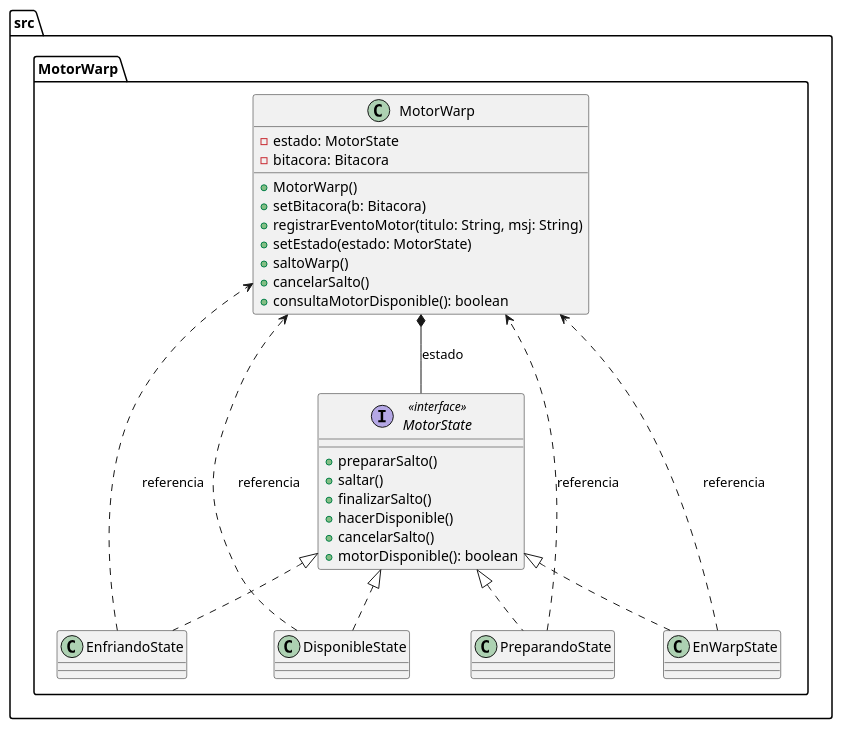
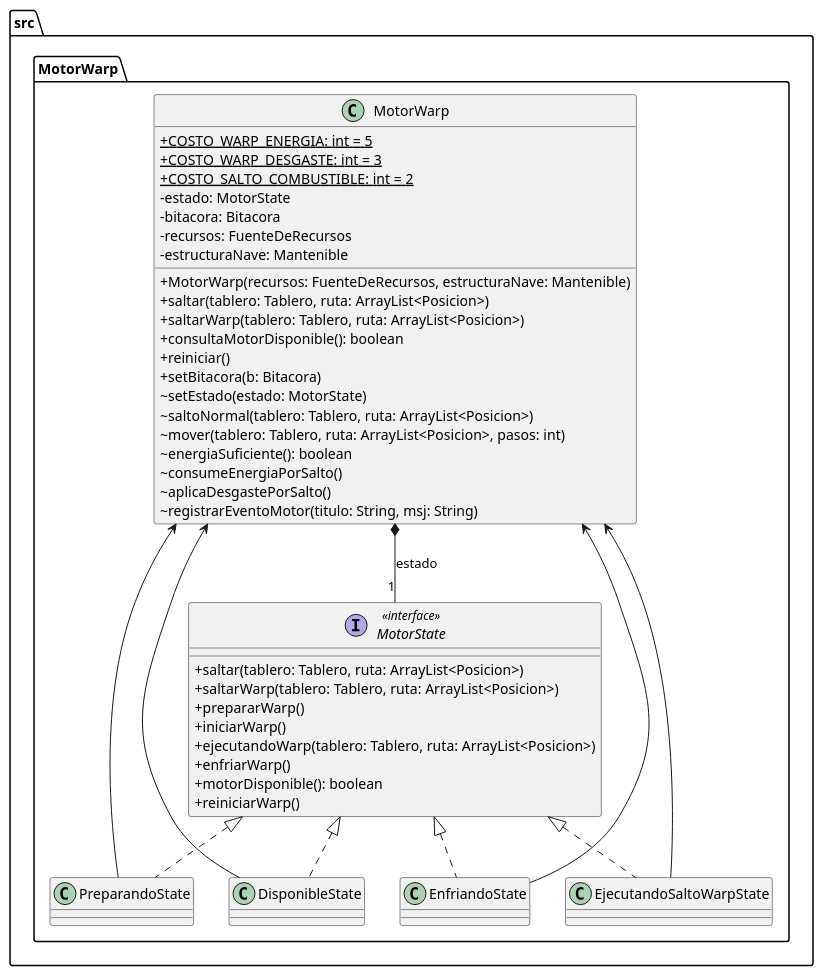
The diagram in TP/documentos/UMLs/MotorWarpUml.puml (JoacoOlmos25/ProyectoProgra3-EmbarcadoDeNaveIntelestelar), drawn with PlantUML before and after one commit. The commit also changed 119 other files, not shown here.

```diff
--- a/TP/documentos/UMLs/MotorWarpUml.puml
+++ b/TP/documentos/UMLs/MotorWarpUml.puml
@@ -1,36 +1,50 @@
 @startuml
+skinparam classAttributeIconSize 0
+
 package src.MotorWarp {
     class MotorWarp {
+        + {static} COSTO_WARP_ENERGIA: int = 5
+        + {static} COSTO_WARP_DESGASTE: int = 3
+        + {static} COSTO_SALTO_COMBUSTIBLE: int = 2
         - estado: MotorState
         - bitacora: Bitacora
-        + MotorWarp()
+        - recursos: FuenteDeRecursos
+        - estructuraNave: Mantenible
+        + MotorWarp(recursos: FuenteDeRecursos, estructuraNave: Mantenible)
+        + saltar(tablero: Tablero, ruta: ArrayList<Posicion>)
+        + saltarWarp(tablero: Tablero, ruta: ArrayList<Posicion>)
+        + consultaMotorDisponible(): boolean
+        + reiniciar()
         + setBitacora(b: Bitacora)
-        + registrarEventoMotor(titulo: String, msj: String)
-        + setEstado(estado: MotorState)
-        + saltoWarp()
-        + cancelarSalto()
-        + consultaMotorDisponible(): boolean
+        ~ setEstado(estado: MotorState)
+        ~ saltoNormal(tablero: Tablero, ruta: ArrayList<Posicion>)
+        ~ mover(tablero: Tablero, ruta: ArrayList<Posicion>, pasos: int)
+        ~ energiaSuficiente(): boolean
+        ~ consumeEnergiaPorSalto()
+        ~ aplicaDesgastePorSalto()
+        ~ registrarEventoMotor(titulo: String, msj: String)
     }
 
     interface MotorState <<interface>> {
-        + prepararSalto()
-        + saltar()
-        + finalizarSalto()
-        + hacerDisponible()
-        + cancelarSalto()
+        + saltar(tablero: Tablero, ruta: ArrayList<Posicion>)
+        + saltarWarp(tablero: Tablero, ruta: ArrayList<Posicion>)
+        + prepararWarp()
+        + iniciarWarp()
+        + ejecutandoWarp(tablero: Tablero, ruta: ArrayList<Posicion>)
+        + enfriarWarp()
         + motorDisponible(): boolean
+        + reiniciarWarp()
     }
 
     class DisponibleState implements MotorState
+    class PreparandoState implements MotorState
+    class EjecutandoSaltoWarpState implements MotorState
     class EnfriandoState implements MotorState
-    class EnWarpState implements MotorState
-    class PreparandoState implements MotorState
 
-    MotorWarp *-- MotorState : "estado"
-
-    DisponibleState ..> MotorWarp : "referencia"
-    EnfriandoState ..> MotorWarp : "referencia"
-    EnWarpState ..> MotorWarp : "referencia"
-    PreparandoState ..> MotorWarp : "referencia"
+    MotorWarp *-- "1" MotorState : "estado"
+    DisponibleState --> MotorWarp
+    PreparandoState --> MotorWarp
+    EjecutandoSaltoWarpState --> MotorWarp
+    EnfriandoState --> MotorWarp
 }
 @enduml
```
